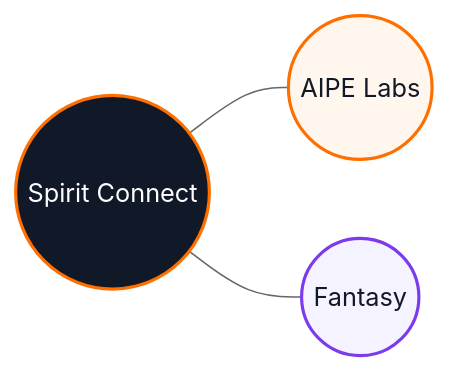
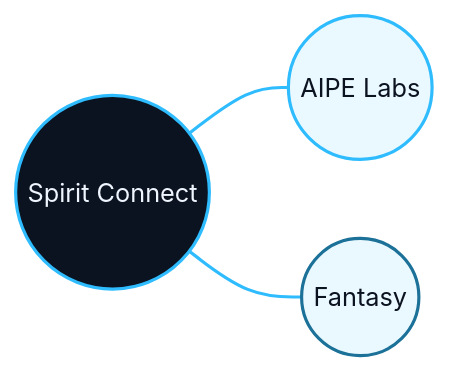
Before and after one commit to FulongLi/fulongli: the diagram in README.md, drawn with Mermaid (neutral theme).

````diff
--- a/README.md
+++ b/README.md
@@ -19,17 +19,19 @@
 ```mermaid
 flowchart LR
     SC(("Spirit Connect"))
     AIPE(("AIPE Labs"))
     FANTASY(("Fantasy"))
 
     SC --- AIPE
     SC --- FANTASY
 
-    classDef brand fill:#111827,stroke:#FF6F00,stroke-width:2px,color:#ffffff;
-    classDef lab fill:#FFF7ED,stroke:#FF6F00,stroke-width:2px,color:#111827;
-    classDef story fill:#F5F3FF,stroke:#7C3AED,stroke-width:2px,color:#111827;
+    linkStyle 0,1 stroke:#2EBCFE,stroke-width:2px;
+
+    classDef brand fill:#0B1220,stroke:#2EBCFE,stroke-width:2px,color:#F0F6FF;
+    classDef lab fill:#EAF8FF,stroke:#2EBCFE,stroke-width:2px,color:#0B1220;
+    classDef story fill:#EAF8FF,stroke:#1C7198,stroke-width:2px,color:#0B1220;
 
     class SC brand;
     class AIPE lab;
     class FANTASY story;
 ```
````
